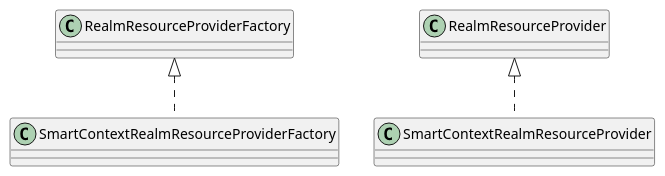
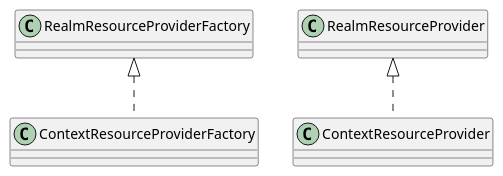
One commit to zedwerks/keycloak-smart-fhir changed the diagram in smart-on-fhir-spi/diagrams/com_zedwerks_keycloak_services_classes.puml. Above: the diagram before and after it, drawn with PlantUML. The commit also changed 39 other files, not shown here.

```diff
--- a/smart-on-fhir-spi/diagrams/com_zedwerks_keycloak_services_classes.puml
+++ b/smart-on-fhir-spi/diagrams/com_zedwerks_keycloak_services_classes.puml
@@ -1,7 +1,7 @@
 @startuml
 skinparam classAttributeIconSize 0
-class SmartContextRealmResourceProviderFactory {}
-RealmResourceProviderFactory <|.. SmartContextRealmResourceProviderFactory
-class SmartContextRealmResourceProvider {}
-RealmResourceProvider <|.. SmartContextRealmResourceProvider
+class ContextResourceProviderFactory {}
+RealmResourceProviderFactory <|.. ContextResourceProviderFactory
+class ContextResourceProvider {}
+RealmResourceProvider <|.. ContextResourceProvider
 @enduml
```
